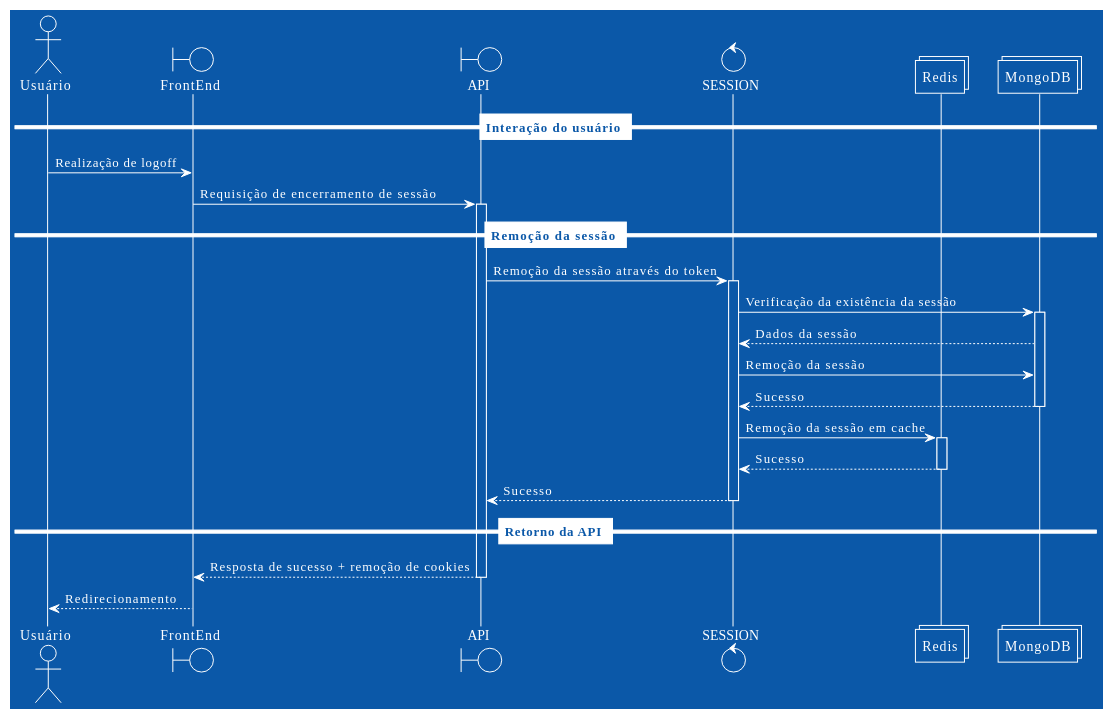
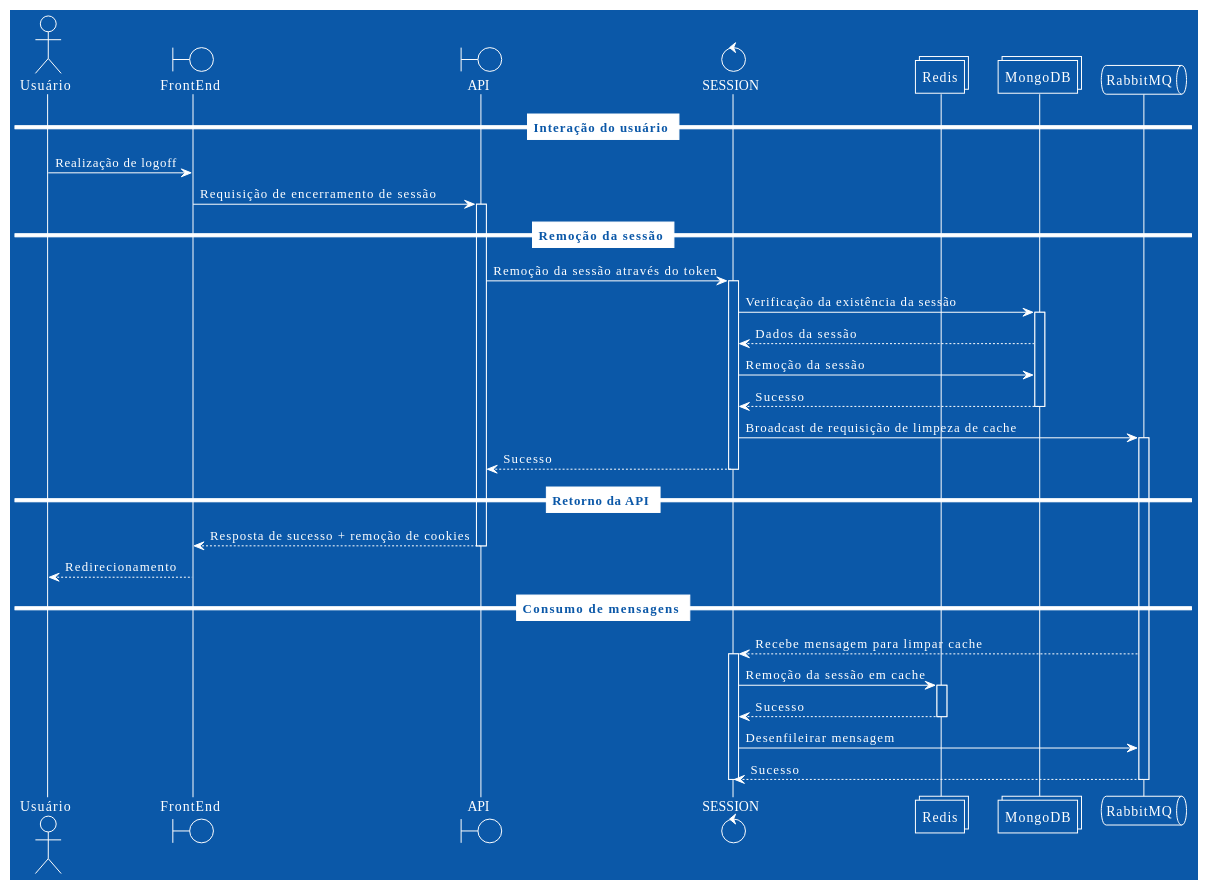
One commit to Minerva-System/minerva-system changed the diagram in docs/src/diagramas/logoff.md. Above: the diagram before and after it, drawn with PlantUML.

Commit message:
Modify logoff sequence diagram to include RabbitMQ

````diff
--- a/docs/src/diagramas/logoff.md
+++ b/docs/src/diagramas/logoff.md
@@ -5,41 +5,54 @@
 ```plantuml
 @startuml
 !theme amiga
 actor       Usuário    as ator
 boundary    FrontEnd   as frontend
 boundary    API        as api
 control     SESSION    as session
 collections Redis      as redis
 collections MongoDB    as mongo
+queue       RabbitMQ   as rmq
 
 == Interação do usuário ==
 
 ator     ->   frontend: Realização de logoff
 frontend ->   api:      Requisição de encerramento de sessão
 activate api
 
 == Remoção da sessão ==
 
 api      ->   session:  Remoção da sessão através do token
 activate session
 session  ->   mongo:    Verificação da existência da sessão
 activate mongo
 session  <--  mongo:    Dados da sessão
 session  ->   mongo:    Remoção da sessão
 session  <--  mongo:    Sucesso
 deactivate mongo
-session  ->   redis:    Remoção da sessão em cache
-activate redis
-session  <--  redis:    Sucesso
-deactivate redis
+
+session  ->   rmq:      Broadcast de requisição de limpeza de cache
+activate rmq
 api      <--  session:  Sucesso
 deactivate session
 
 == Retorno da API ==
 
 frontend <--  api:      Resposta de sucesso + remoção de cookies
 deactivate api
 ator     <--  frontend: Redirecionamento
 
+== Consumo de mensagens ==
+
+session  <--  rmq:      Recebe mensagem para limpar cache
+activate session
+session  ->   redis:    Remoção da sessão em cache
+activate redis
+session  <--  redis:    Sucesso
+deactivate redis
+session  ->   rmq:      Desenfileirar mensagem
+session  <--  rmq:      Sucesso
+deactivate rmq
+deactivate session
+
 @enduml
 ```
````
